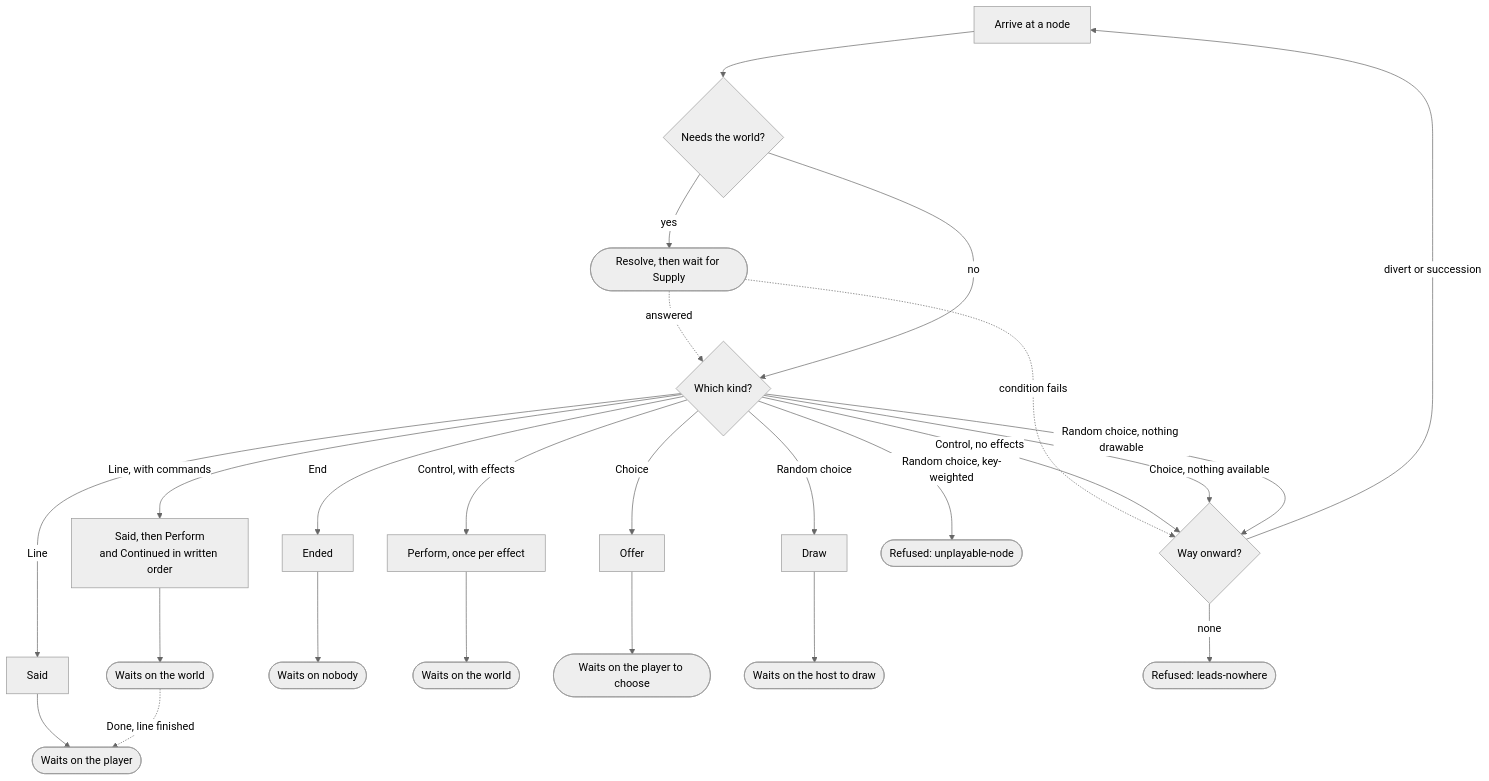
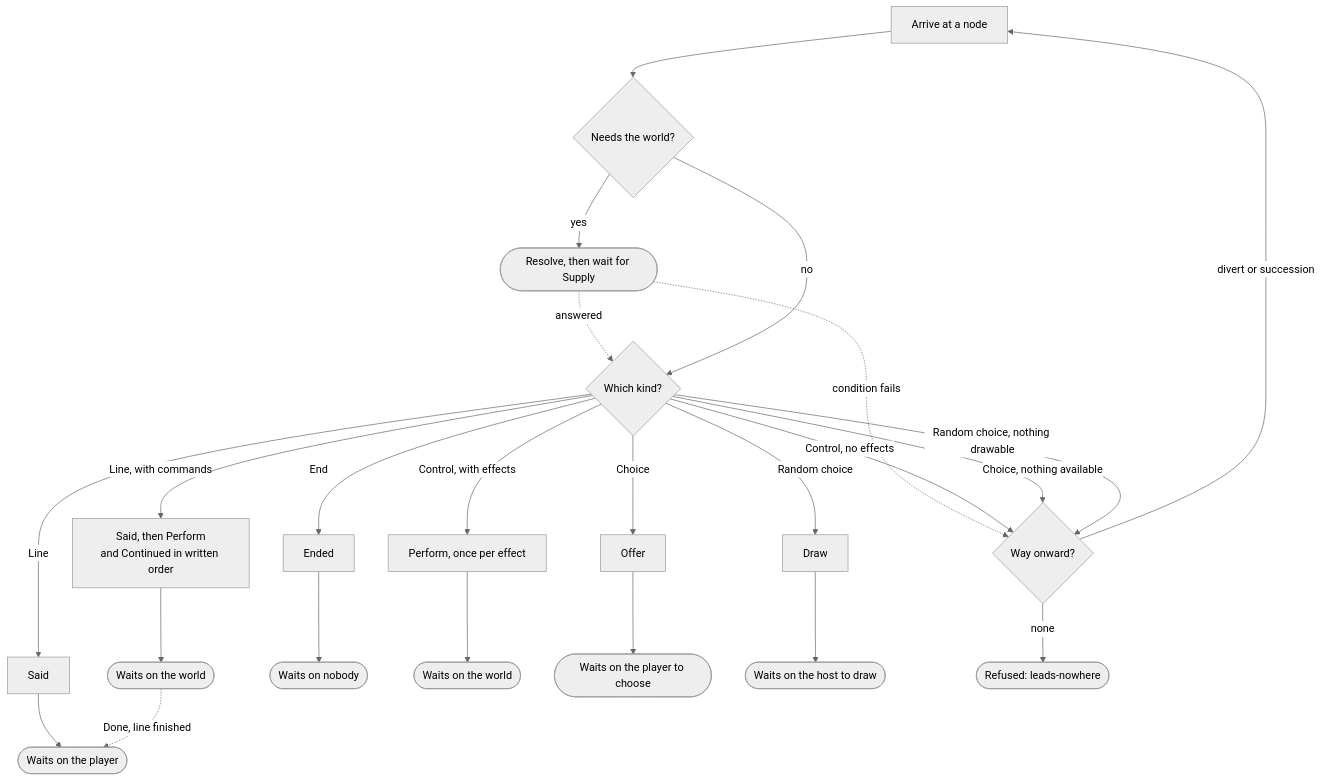
Before and after one commit to pengzhengyi/dialoguedown: the second of 2 diagrams in docs/contributing/design-notes/runtime/Runner.md, drawn with Mermaid (neutral theme). The commit also changed other lines of this file and 98 other files, not shown here.

First line of the commit message:
feat(runtime): play a random choice with key weights (#620)

````diff
--- a/docs/contributing/design-notes/runtime/Runner.md
+++ b/docs/contributing/design-notes/runtime/Runner.md
@@ -176,21 +177,20 @@
 ```mermaid
 flowchart TD
     Arrive["Arrive at a node"] --> Cond{"Needs the world?"}
     Cond -->|yes| Resolve(["Resolve, then wait for Supply"])
     Resolve -.->|"condition fails"| Onward
     Resolve -.->|"answered"| Kind
     Cond -->|no| Kind{"Which kind?"}
     Kind -->|Line| Say["Said"] --> Player(["Waits on the player"])
     Kind -->|"Line, with commands"| Speak["Said, then Perform<br/>and Continued in written order"] --> LineWorld(["Waits on the world"])
     LineWorld -.->|"Done, line finished"| Player
     Kind -->|End| Over["Ended"] --> Nobody(["Waits on nobody"])
     Kind -->|"Control, with effects"| Ask["Perform, once per effect"] --> World(["Waits on the world"])
     Kind -->|"Control, no effects"| Onward{"Way onward?"}
     Kind -->|Choice| Offer["Offer"] --> Chooser(["Waits on the player to choose"])
     Kind -->|"Choice, nothing available"| Onward
     Kind -->|"Random choice"| Draw["Draw"] --> Host(["Waits on the host to draw"])
     Kind -->|"Random choice, nothing drawable"| Onward
-    Kind -->|"Random choice, key-weighted"| RefuseK(["Refused: unplayable-node"])
     Onward -->|"divert or succession"| Arrive
     Onward -->|none| RefuseN(["Refused: leads-nowhere"])
 ```
````
